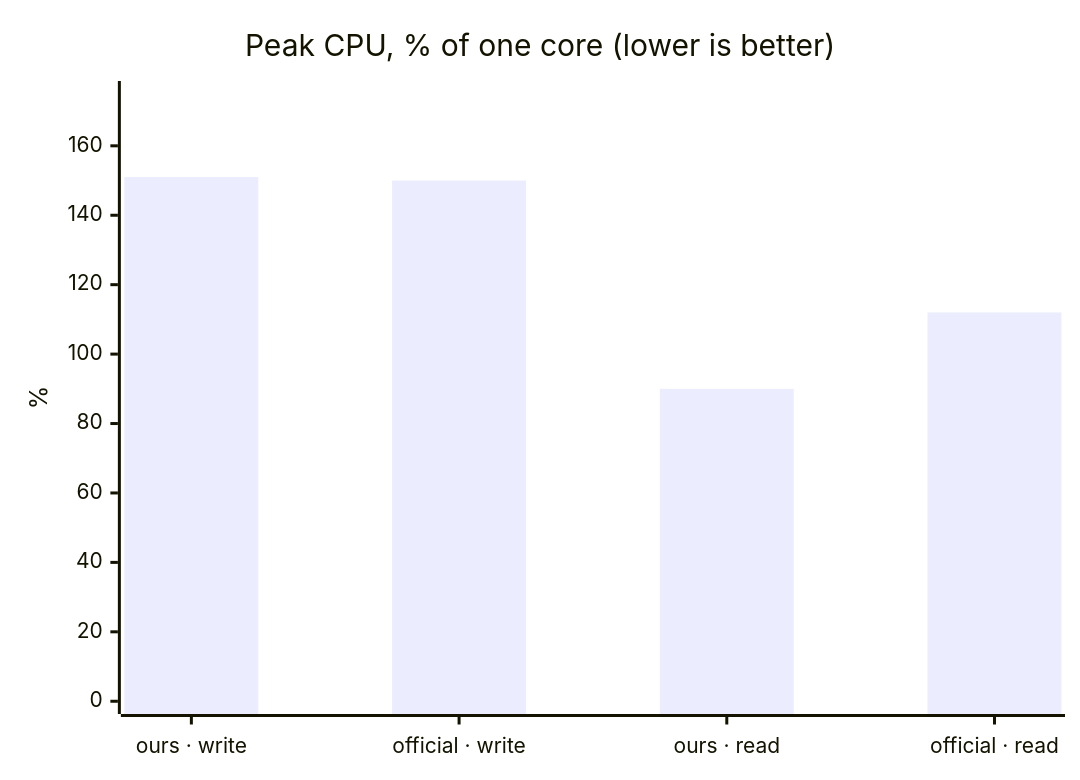
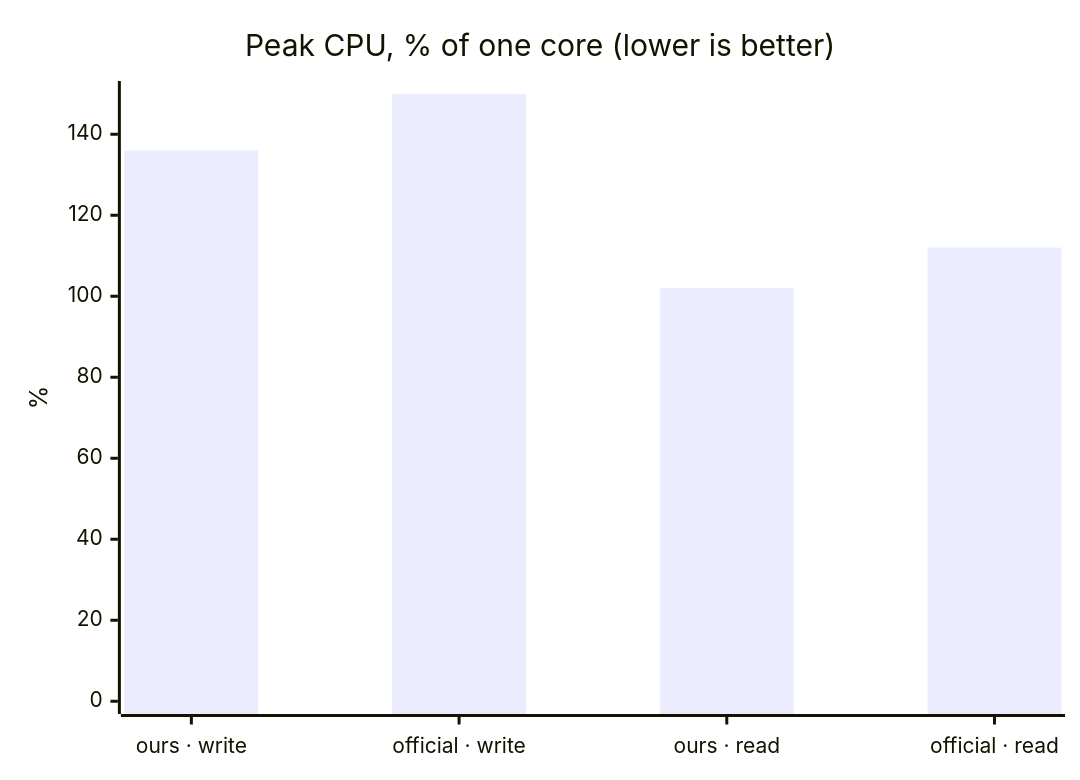
One commit to francyfox/umami-back-lite changed the fourth of 4 diagrams in README.md. Above: the diagram before and after it, drawn with Mermaid. The commit also changed other lines of this file and 1 other file, not shown here.

First line of the commit message:
docs: refresh benchmark numbers after the lazy-mount fix, add cold-boot figure

````diff
--- a/README.md
+++ b/README.md
@@ -160,7 +160,7 @@
 ```mermaid
 xychart-beta
     title "Peak CPU, % of one core (lower is better)"
     x-axis ["ours · write", "official · write", "ours · read", "official · read"]
-    y-axis "%" 0 --> 175
-    bar [151, 150, 90, 112]
+    y-axis "%" 0 --> 150
+    bar [136, 150, 102, 112]
 ```
````
